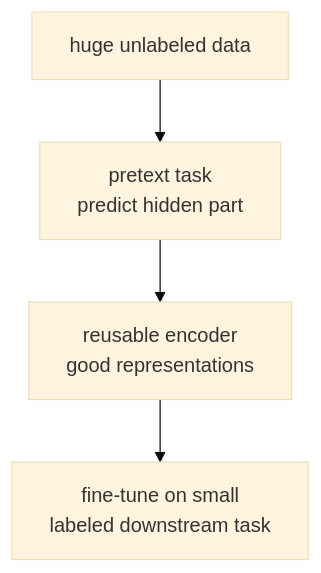
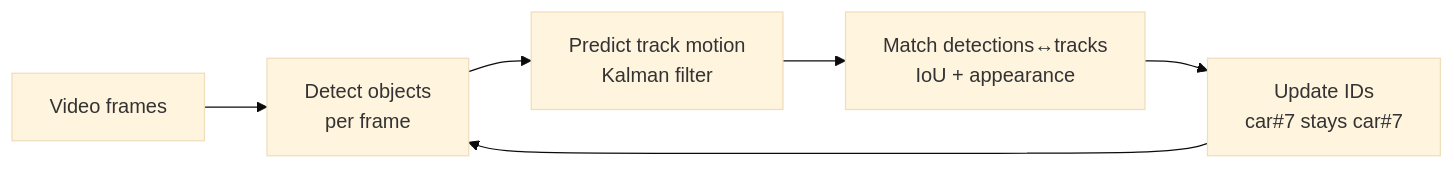
The fourth of 4 diagrams in ai-ml-encyclopedia/ch19.qmd (kader-xai/kader-xai.github.io), drawn with Mermaid (base theme) before and after one commit. The commit also changed other lines of this file and 47 other files, not shown here.

````diff
--- a/ai-ml-encyclopedia/ch19.qmd
+++ b/ai-ml-encyclopedia/ch19.qmd
@@ -199,6 +379,8 @@
 ```{mermaid}
-flowchart TB
-  D[huge unlabeled data] --> P[pretext task<br/>predict hidden part]
-  P --> R[reusable encoder<br/>good representations]
-  R --> F[fine-tune on small<br/>labeled downstream task]
+flowchart LR
+    V[Video frames] --> D[Detect objects<br/>per frame]
+    D --> P[Predict track motion<br/>Kalman filter]
+    P --> M[Match detections↔tracks<br/>IoU + appearance]
+    M --> U[Update IDs<br/>car#7 stays car#7]
+    U --> D
 ```
````
